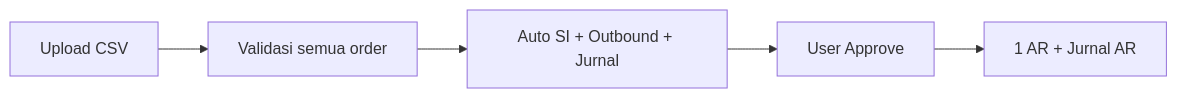
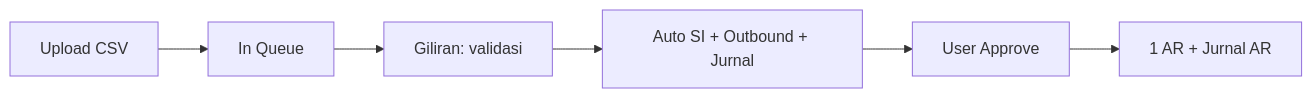
Before and after one commit to yendyr/olshoperp-docs: the first of 2 diagrams in qa-docs/accounting-settlement-upload/knowledge-base.md, drawn with Mermaid. The commit also changed other lines of this file and 8 other files, not shown here.

````diff
--- a/qa-docs/accounting-settlement-upload/knowledge-base.md
+++ b/qa-docs/accounting-settlement-upload/knowledge-base.md
@@ -32,7 +32,8 @@
 ```mermaid
 flowchart LR
-    A[Upload CSV] --> B[Validasi semua order]
+    A[Upload CSV] --> Q[In Queue]
+    Q --> B[Giliran: validasi]
     B --> C[Auto SI + Outbound + Jurnal]
     C --> D[User Approve]
     D --> E[1 AR + Jurnal AR]
 ```
````
